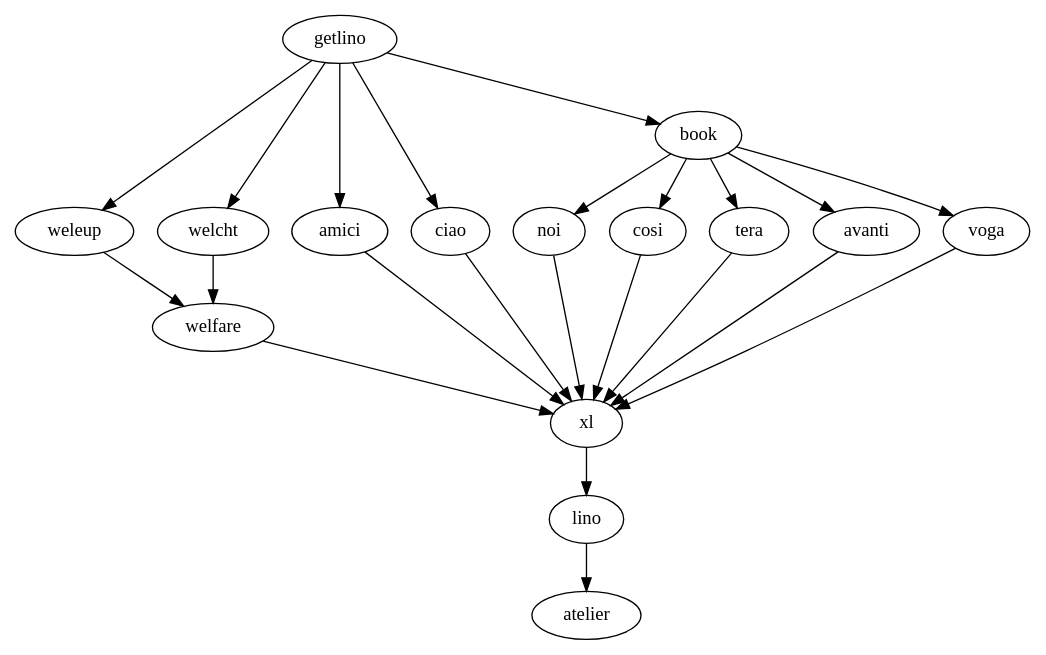
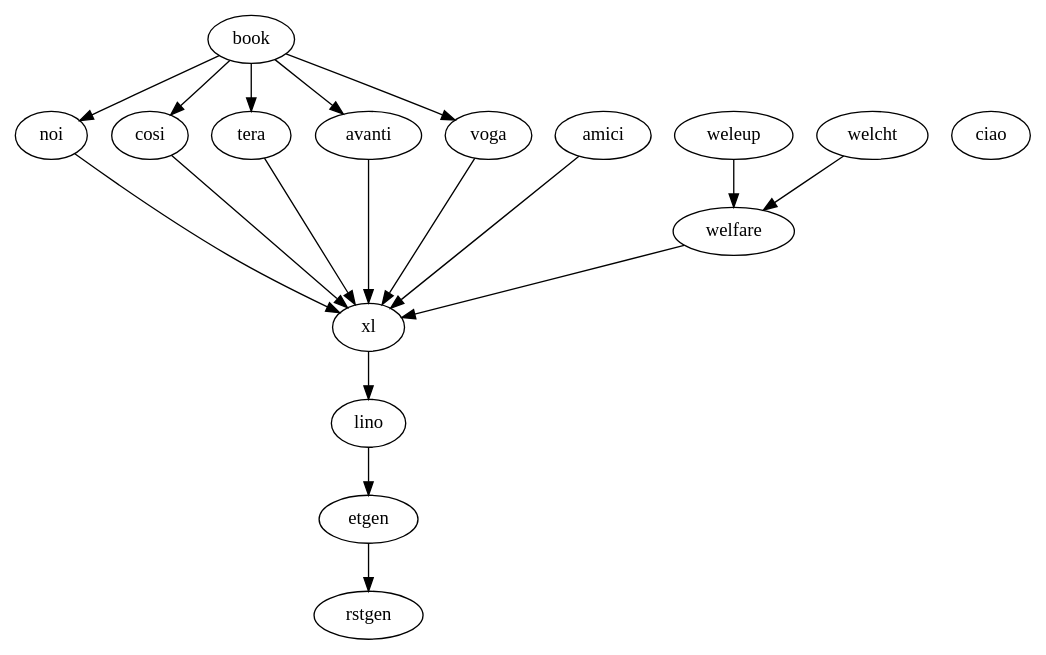
One commit to lino-framework/book changed the diagram in docs/about/overview.rst. Above: the diagram before and after it, drawn with Graphviz.

Commit message:
reviewed components overview page

```diff
--- a/docs/about/overview.rst
+++ b/docs/about/overview.rst
@@ -142,46 +142,40 @@
 .. graphviz::
 
    digraph foo {
 
     { rank = same;
         # applications;
         noi;
         cosi;
         tera;
         avanti;
         voga;
         weleup;
         welcht;
         amici;
         ciao;
     }
 
-    lino -> atelier;
+    etgen -> rstgen;
+    lino -> etgen;
     xl -> lino;
     noi -> xl;
     cosi -> xl;
     tera -> xl;
     avanti -> xl;
     voga -> xl;
     amici -> xl;
-    ciao -> xl;
     weleup -> welfare;
     welcht -> welfare;
 
     book -> noi;
     book -> cosi;
     book -> voga;
     book -> tera;
     book -> avanti;
     # book -> weleup;
     # book -> welcht;
 
     welfare -> xl;
 
-    getlino -> book;
-    getlino -> amici;
-    getlino -> ciao;
-    getlino -> weleup;
-    getlino -> welcht;
-
    }
```
